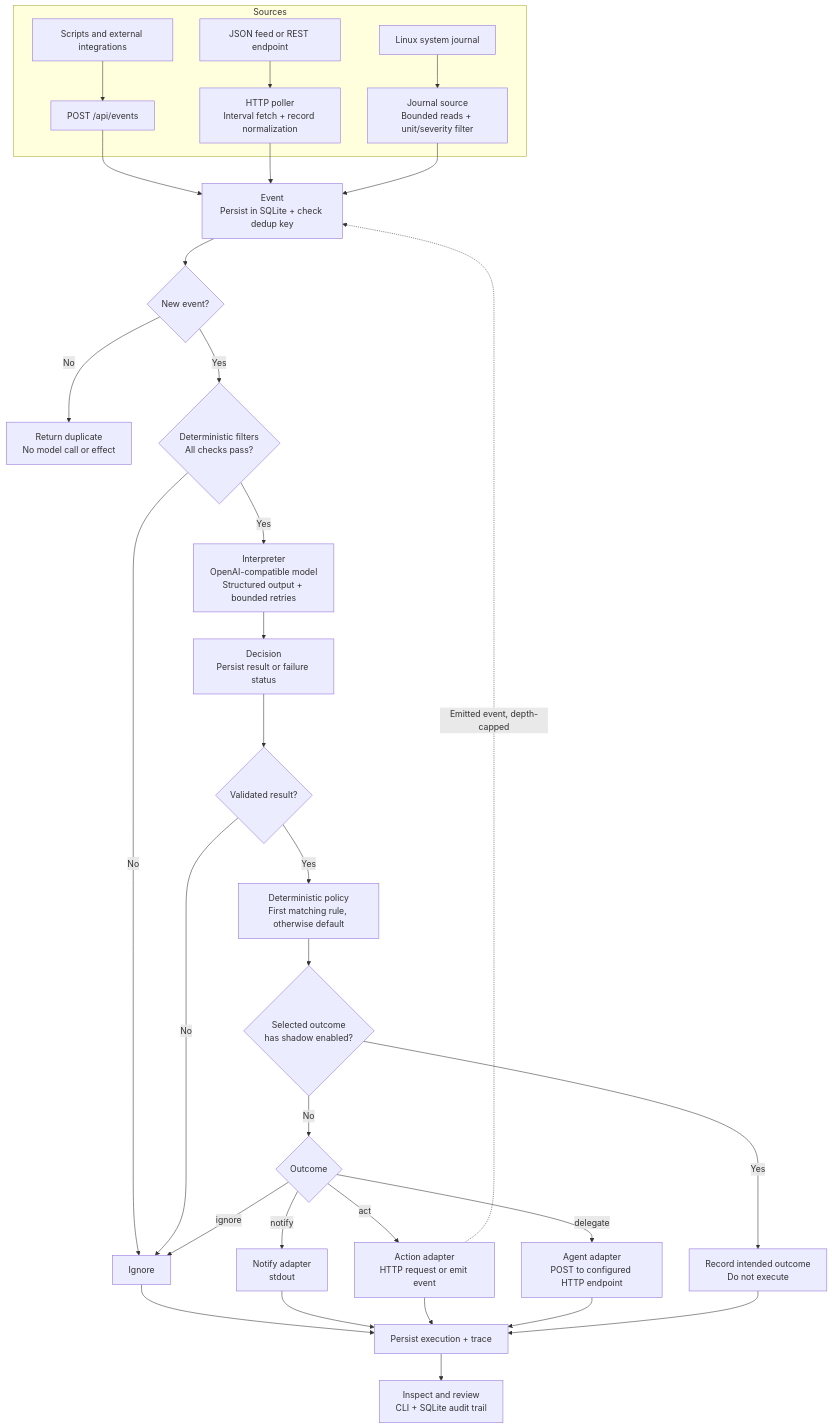
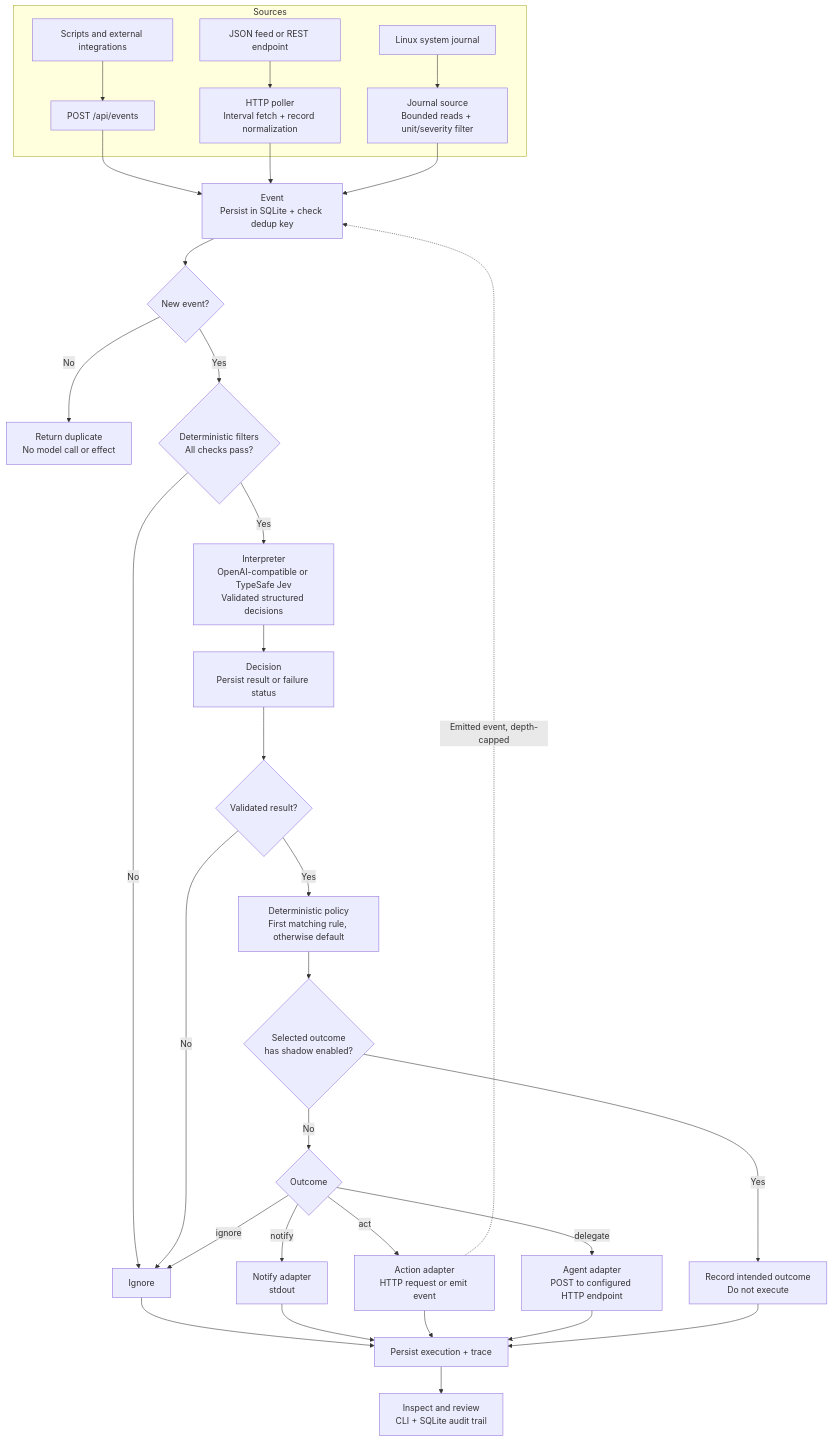
The diagram in README.md (heath0xFF/mrmr), drawn with Mermaid before and after one commit. The commit also changed other lines of this file and 15 other files, not shown here.

Commit message:
Add TypeSafe Jev interpreter

````diff
--- a/README.md
+++ b/README.md
@@ -17,37 +17,37 @@
 ```mermaid
 flowchart TD
     subgraph sources[Sources]
         External["Scripts and external integrations"] --> API["POST /api/events"]
         Feed["JSON feed or REST endpoint"] --> Poll["HTTP poller<br/>Interval fetch + record normalization"]
         Journal["Linux system journal"] --> JournalSource["Journal source<br/>Bounded reads + unit/severity filter"]
     end
 
     API --> Event["Event<br/>Persist in SQLite + check dedup key"]
     Poll --> Event
     JournalSource --> Event
     Event --> Fresh{"New event?"}
     Fresh -->|No| Duplicate["Return duplicate<br/>No model call or effect"]
     Fresh -->|Yes| Filter{"Deterministic filters<br/>All checks pass?"}
     Filter -->|No| Ignore["Ignore"]
-    Filter -->|Yes| Interpret["Interpreter<br/>OpenAI-compatible model<br/>Structured output + bounded retries"]
+    Filter -->|Yes| Interpret["Interpreter<br/>OpenAI-compatible or TypeSafe Jev<br/>Validated structured decisions"]
     Interpret --> Decision["Decision<br/>Persist result or failure status"]
     Decision --> Valid{"Validated result?"}
     Valid -->|No| Ignore
     Valid -->|Yes| Policy["Deterministic policy<br/>First matching rule, otherwise default"]
     Policy --> Shadow{"Selected outcome<br/>has shadow enabled?"}
     Shadow -->|Yes| Suppress["Record intended outcome<br/>Do not execute"]
     Shadow -->|No| Outcome{"Outcome"}
 
     Outcome -->|ignore| Ignore
     Outcome -->|notify| Notify["Notify adapter<br/>stdout"]
     Outcome -->|act| Act["Action adapter<br/>HTTP request or emit event"]
     Outcome -->|delegate| Delegate["Agent adapter<br/>POST to configured HTTP endpoint"]
     Act -.->|Emitted event, depth-capped| Event
 
     Ignore --> Record["Persist execution + trace"]
     Notify --> Record
     Act --> Record
     Delegate --> Record
     Suppress --> Record
     Record --> Inspect["Inspect and review<br/>CLI + SQLite audit trail"]
 ```
````
